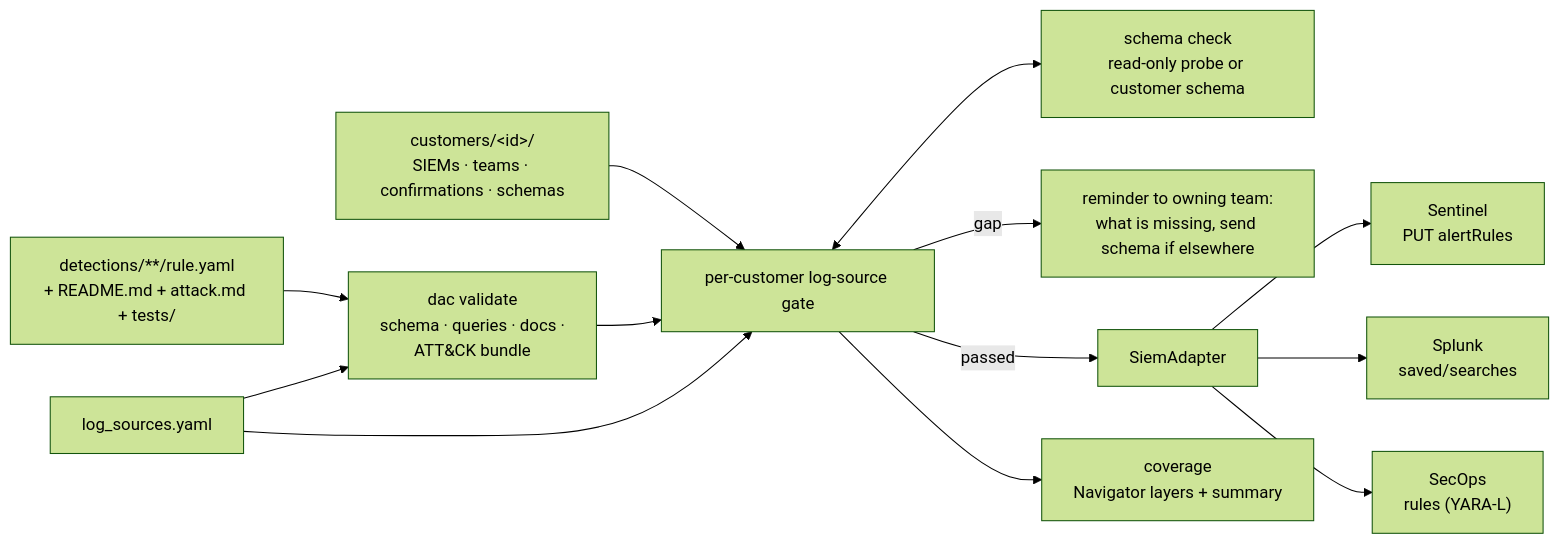
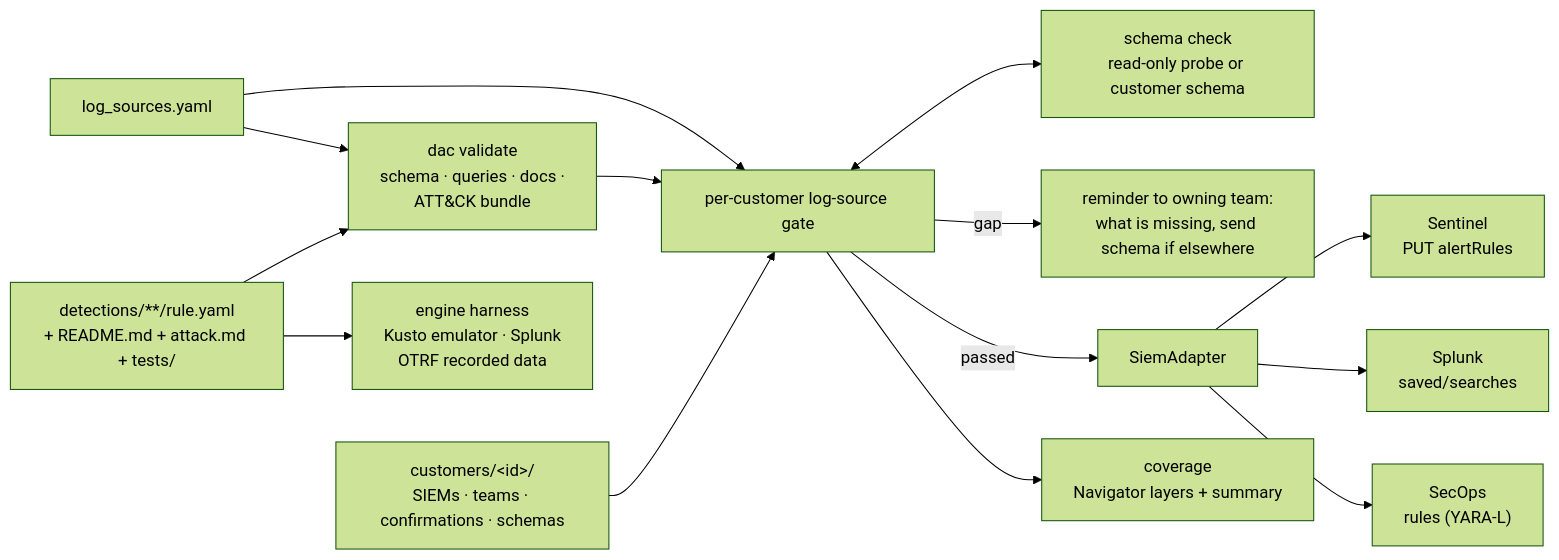
Before and after one commit to HungryBrain-bot/detection_As_Code: the diagram in README.md, drawn with Mermaid (forest theme). The commit also changed other lines of this file and 62 other files, not shown here.

````diff
--- a/README.md
+++ b/README.md
@@ -20,15 +36,16 @@
 ```mermaid
 flowchart LR
     RULE["detections/**/rule.yaml<br/>+ README.md + attack.md + tests/"] --> VAL["dac validate<br/>schema · queries · docs ·<br/>ATT&CK bundle"]
     LS["log_sources.yaml"] --> VAL
     CUST["customers/&lt;id&gt;/<br/>SIEMs · teams · confirmations · schemas"] --> GATE
     VAL --> GATE["per-customer log-source gate"]
     LS --> GATE
     GATE <--> SC["schema check<br/>read-only probe or customer schema"]
     GATE -- gap --> NOTIFY["reminder to owning team:<br/>what is missing, send schema if elsewhere"]
     GATE -- passed --> AD["SiemAdapter"]
     GATE --> COV["coverage<br/>Navigator layers + summary"]
+    RULE --> HAR["engine harness<br/>Kusto emulator · Splunk<br/>OTRF recorded data"]
     AD --> SEN["Sentinel<br/>PUT alertRules"]
     AD --> SPL["Splunk<br/>saved/searches"]
     AD --> SEC["SecOps<br/>rules (YARA-L)"]
 ```
````
